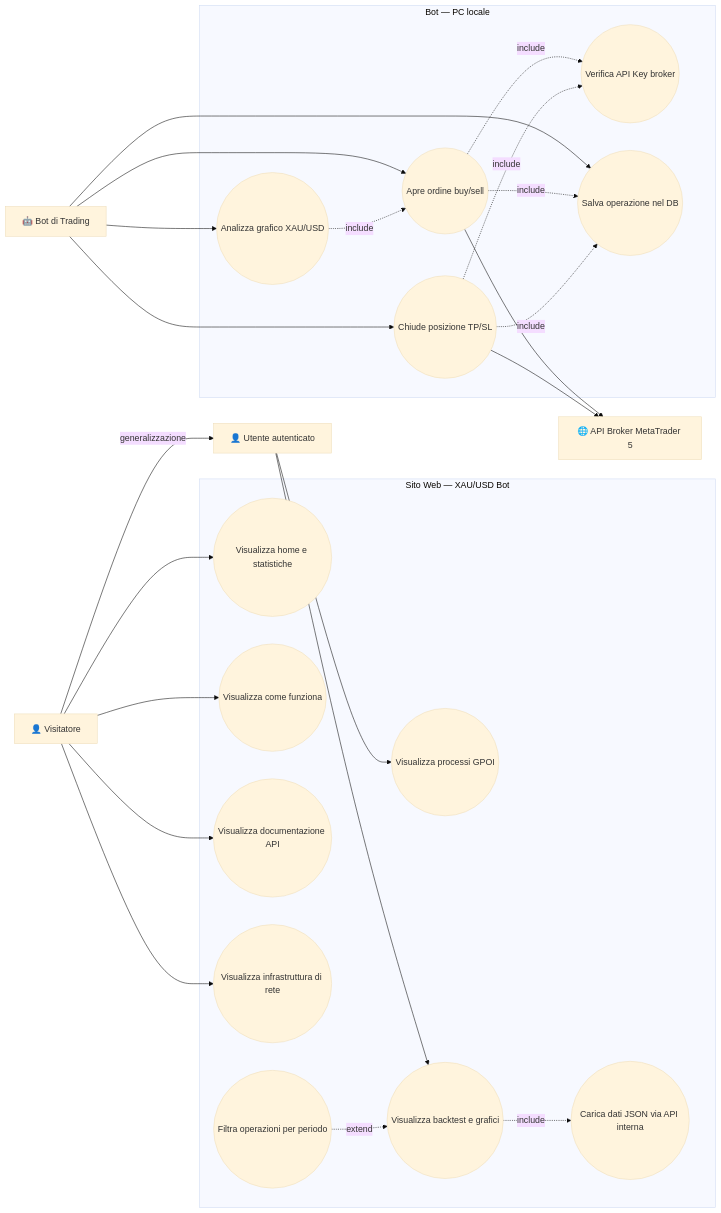
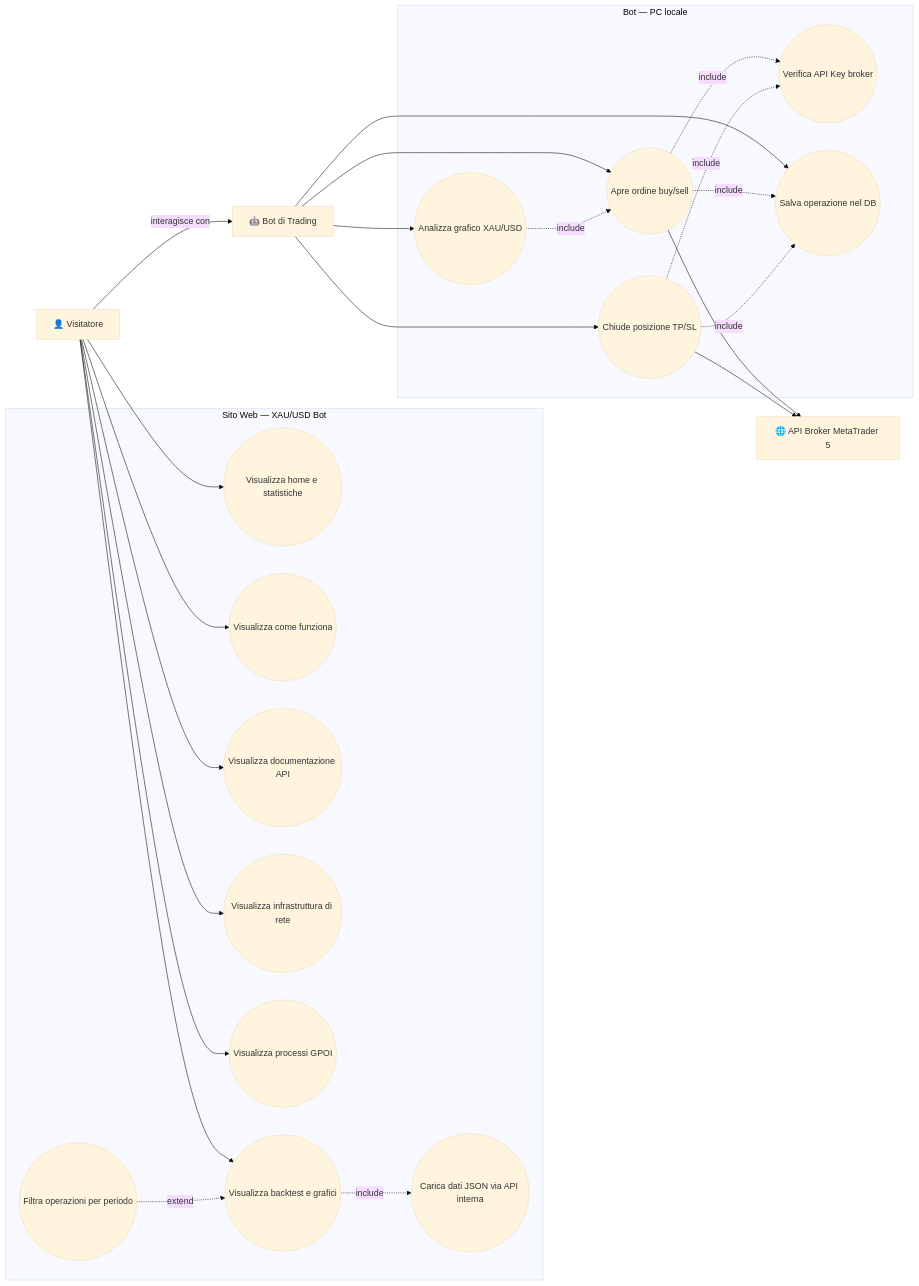
One commit to RomeoDangelosante/Progetto-Finale changed the first of 2 diagrams in README.md. Above: the diagram before and after it, drawn with Mermaid (base theme). The commit also changed other lines of this file and 1 other file, not shown here.

````diff
--- a/README.md
+++ b/README.md
@@ -180,68 +178,65 @@
 ```mermaid
 flowchart LR
 
     %% Attori
     V["👤 Visitatore"]
-    U["👤 Utente autenticato"]
     B["🤖 Bot di Trading"]
     API["🌐 API Broker MetaTrader 5"]
 
     %% Sistema principale: sito web
     subgraph Sito["Sito Web — XAU/USD Bot"]
 
         UC1(("Visualizza home e statistiche"))
         UC2(("Visualizza come funziona"))
         UC3(("Visualizza documentazione API"))
         UC4(("Visualizza infrastruttura di rete"))
         UC5(("Visualizza processi GPOI"))
         UC6(("Visualizza backtest e grafici"))
         UC7(("Carica dati JSON via API interna"))
         UC8(("Filtra operazioni per periodo"))
 
     end
 
     %% Sistema: bot locale
     subgraph Bot["Bot — PC locale"]
 
         UC9(("Analizza grafico XAU/USD"))
         UC10(("Apre ordine buy/sell"))
         UC11(("Verifica API Key broker"))
         UC12(("Salva operazione nel DB"))
         UC13(("Chiude posizione TP/SL"))
 
     end
 
-    %% Generalizzazione attori
-    V -->|generalizzazione| U
-
-    %% Visitatore → sito
+    %% Visitatore → sito (tutte le pagine)
     V --> UC1
     V --> UC2
     V --> UC3
     V --> UC4
+    V --> UC5
+    V --> UC6
 
-    %% Utente → sito (funzioni aggiuntive)
-    U --> UC5
-    U --> UC6
+    %% Correlazione tra visitatore e bot
+    V -->|interagisce con| B
 
     %% include e extend nel sito
     UC6 -.->|include| UC7
     UC8 -.->|extend| UC6
 
     %% Bot → bot system
     B --> UC9
     B --> UC10
     B --> UC12
     B --> UC13
 
     %% include nel bot
     UC9 -.->|include| UC10
     UC10 -.->|include| UC11
     UC10 -.->|include| UC12
     UC13 -.->|include| UC11
     UC13 -.->|include| UC12
 
     %% Bot → API esterna
     UC10 --> API
     UC13 --> API
 ```
````
